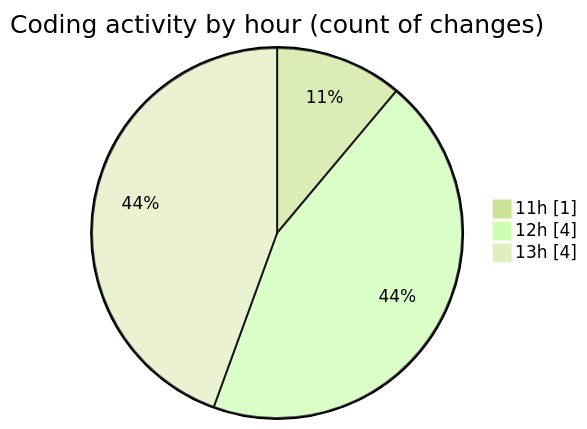
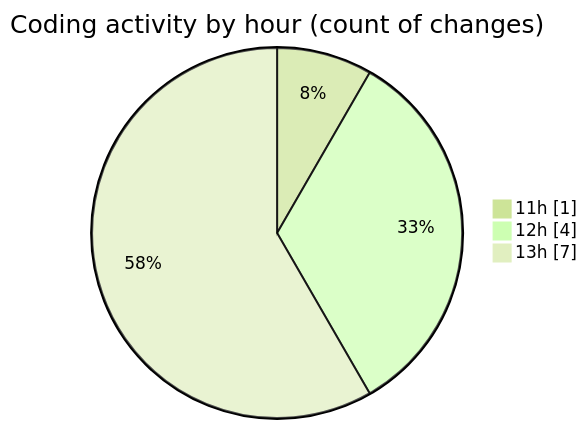
Before and after one commit to nxtqubesakshisongat/code-tracking: the second of 2 diagrams in 2026-05-12/nxtqube_webapp/README.md, drawn with Mermaid (forest theme). The commit also changed other lines of this file and 1 other file, not shown here.

````diff
--- a/2026-05-12/nxtqube_webapp/README.md
+++ b/2026-05-12/nxtqube_webapp/README.md
@@ -30,7 +30,7 @@
 ```mermaid
 pie showData
 title Coding activity by hour (count of changes)
 "11h" : 1
 "12h" : 4
-"13h" : 4
+"13h" : 7
 ```
````
